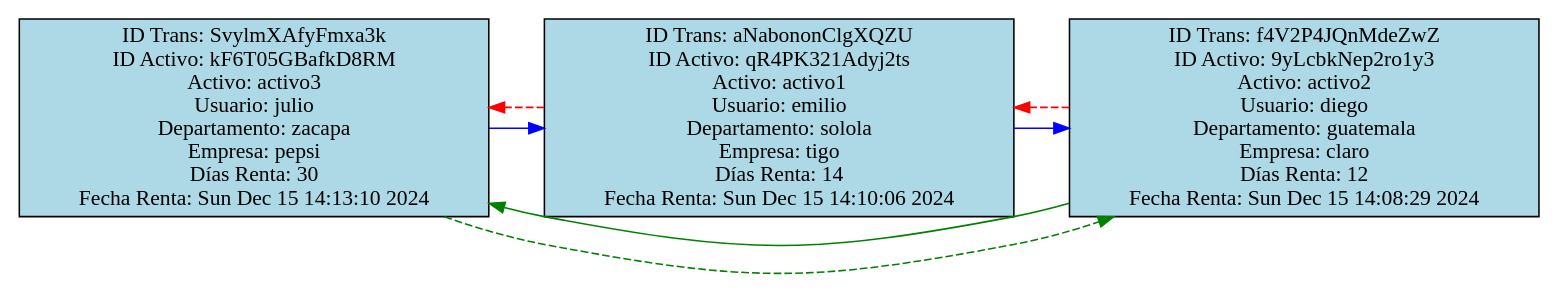
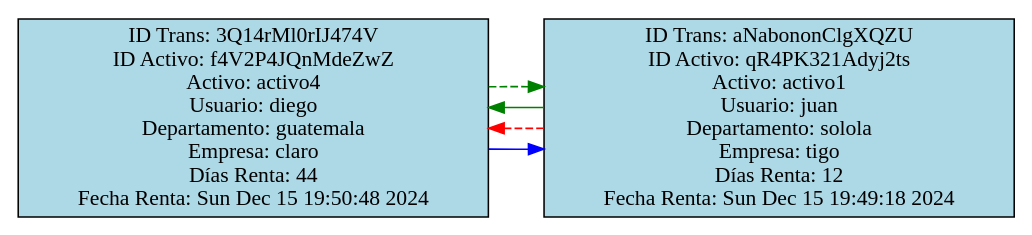
The diagram in output/reporte_transacciones.dot (DavidVelasquez77/EDD_PROYECTO1), drawn with Graphviz before and after one commit. The commit also changed 38 other files, not shown here.

```diff
--- a/output/reporte_transacciones.dot
+++ b/output/reporte_transacciones.dot
@@ -1,16 +1,12 @@
 digraph ListaTransacciones {
     rankdir=LR;
     node [shape=record, style=filled, fillcolor=lightblue];
-    nodo0 [label="{ID Trans: SvylmXAfyFmxa3k\nID Activo: kF6T05GBafkD8RM\nActivo: activo3\nUsuario: julio\nDepartamento: zacapa\nEmpresa: pepsi\nDías Renta: 30\nFecha Renta: Sun Dec 15 14:13:10 2024
+    nodo0 [label="{ID Trans: 3Q14rMl0rIJ474V\nID Activo: f4V2P4JQnMdeZwZ\nActivo: activo4\nUsuario: diego\nDepartamento: guatemala\nEmpresa: claro\nDías Renta: 44\nFecha Renta: Sun Dec 15 19:50:48 2024
 }"];
-    nodo1 [label="{ID Trans: aNabononClgXQZU\nID Activo: qR4PK321Adyj2ts\nActivo: activo1\nUsuario: emilio\nDepartamento: solola\nEmpresa: tigo\nDías Renta: 14\nFecha Renta: Sun Dec 15 14:10:06 2024
+    nodo1 [label="{ID Trans: aNabononClgXQZU\nID Activo: qR4PK321Adyj2ts\nActivo: activo1\nUsuario: juan\nDepartamento: solola\nEmpresa: tigo\nDías Renta: 12\nFecha Renta: Sun Dec 15 19:49:18 2024
 }"];
     nodo0 -> nodo1 [color=blue];
     nodo1 -> nodo0 [color=red, style=dashed];
-    nodo2 [label="{ID Trans: f4V2P4JQnMdeZwZ\nID Activo: 9yLcbkNep2ro1y3\nActivo: activo2\nUsuario: diego\nDepartamento: guatemala\nEmpresa: claro\nDías Renta: 12\nFecha Renta: Sun Dec 15 14:08:29 2024
-}"];
-    nodo1 -> nodo2 [color=blue];
-    nodo2 -> nodo1 [color=red, style=dashed];
-    nodo2 -> nodo0 [color=green, constraint=false];
-    nodo0 -> nodo2 [color=green, style=dashed, constraint=false];
+    nodo1 -> nodo0 [color=green, constraint=false];
+    nodo0 -> nodo1 [color=green, style=dashed, constraint=false];
 }
```
